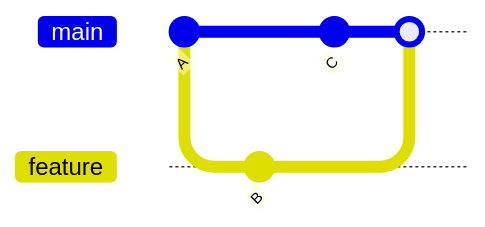
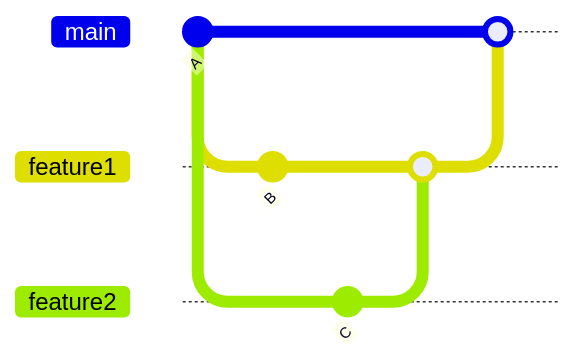
One commit to p-fruck/lecture-se2 changed diagram 18 of 18 in slides/01-git.md. Above: the diagram before and after it, drawn with Mermaid. The commit also changed other lines of this file, not shown here.

````diff
--- a/slides/01-git.md
+++ b/slides/01-git.md
@@ -369,9 +636,13 @@
-```mermaid +render
+```mermaid
 gitGraph
-   commit id: "A"
-   branch feature
-   commit id: "B"
-   checkout main
-   commit id: "C"
-   merge feature
+  commit id: "A"
+  branch feature1
+  commit id: "B"
+  checkout main
+  branch feature2
+  commit id: "C"
+  checkout feature1
+  merge feature2
+  checkout main
+  merge feature1
 ```
````
